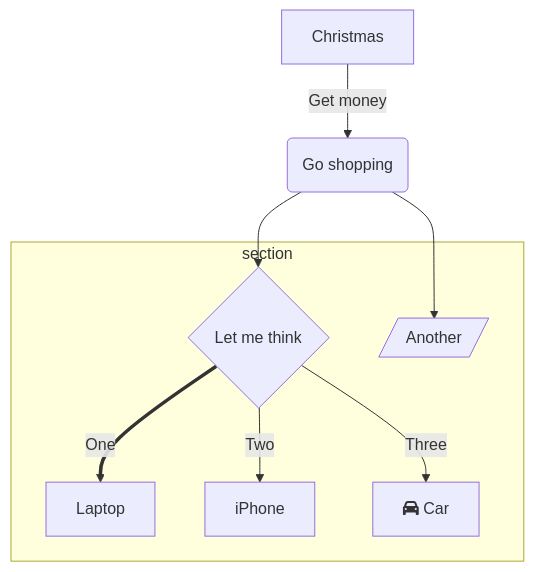
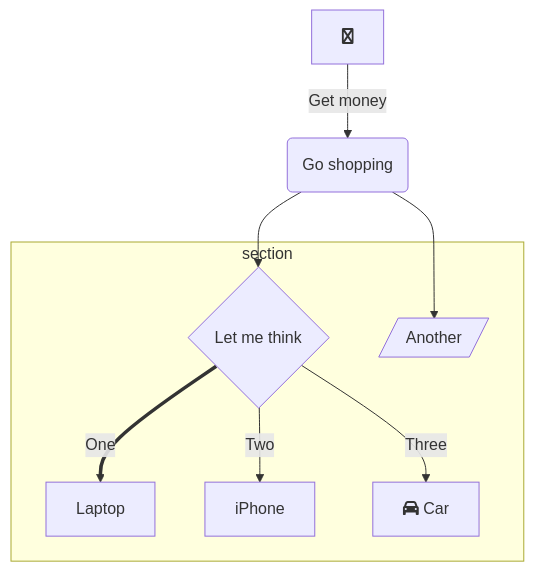
One commit to Mikanixonable/Mikanixonable.github.io changed the second of 2 diagrams in index.md. Above: the diagram before and after it, drawn with Mermaid. The commit also changed 2 other files, not shown here.

```diff
--- a/index.md
+++ b/index.md
@@ -71,16 +71,16 @@
 ~~~mermaid
 graph TD
-          A[Christmas] -->|Get money| B(Go shopping)
+          A[fa:fa-twitter] -->|Get money| B(Go shopping)
           B --> C{Let me think}
           B --> G[/Another/]
           C ==>|One| D[Laptop]
           C -->|Two| E[iPhone]
           C -->|Three| F[fa:fa-car Car]
           subgraph section
             C
             D
             E
             F
             G
           end
 ~~~
```
